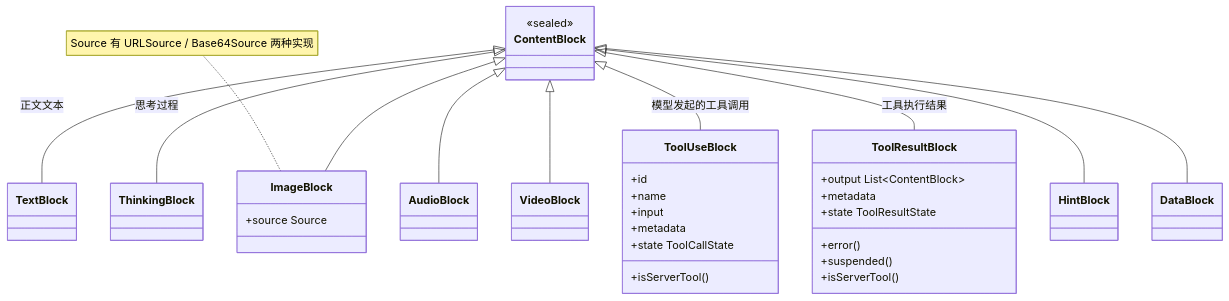
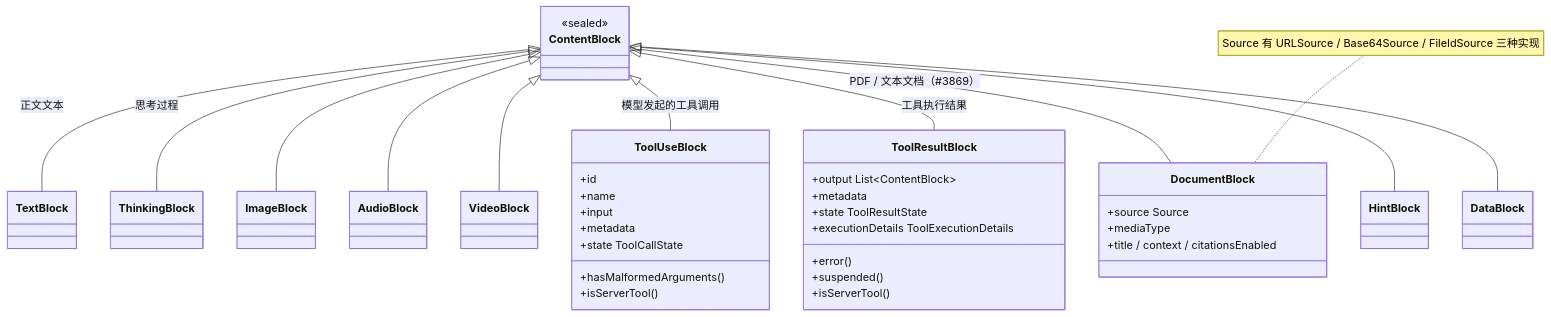
Before and after one commit to liulangjietou/AgentScope-source-analysis: the first of 4 diagrams in 02-消息与状态模型.md, drawn with Mermaid. The commit also changed other lines of this file and 14 other files, not shown here.

````diff
--- a/02-消息与状态模型.md
+++ b/02-消息与状态模型.md
@@ -46,35 +41,40 @@
 ```mermaid
 classDiagram
     class ContentBlock {
         <<sealed>>
     }
     ContentBlock <|-- TextBlock : 正文文本
     ContentBlock <|-- ThinkingBlock : 思考过程
     ContentBlock <|-- ImageBlock
     ContentBlock <|-- AudioBlock
     ContentBlock <|-- VideoBlock
+    ContentBlock <|-- DocumentBlock : PDF / 文本文档（#3869）
     ContentBlock <|-- ToolUseBlock : 模型发起的工具调用
     ContentBlock <|-- ToolResultBlock : 工具执行结果
     ContentBlock <|-- HintBlock
     ContentBlock <|-- DataBlock
     class ToolUseBlock {
         +id
         +name
         +input
         +metadata
         +state ToolCallState
+        +hasMalformedArguments()
         +isServerTool()
     }
     class ToolResultBlock {
         +output List~ContentBlock~
         +metadata
         +state ToolResultState
+        +executionDetails ToolExecutionDetails
         +error()
         +suspended()
         +isServerTool()
     }
-    class ImageBlock {
+    class DocumentBlock {
         +source Source
+        +mediaType
+        +title / context / citationsEnabled
     }
-    note for ImageBlock "Source 有 URLSource / Base64Source 两种实现"
+    note for DocumentBlock "Source 有 URLSource / Base64Source / FileIdSource 三种实现"
 ```
````
